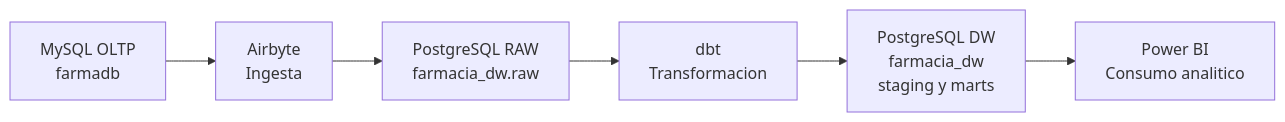
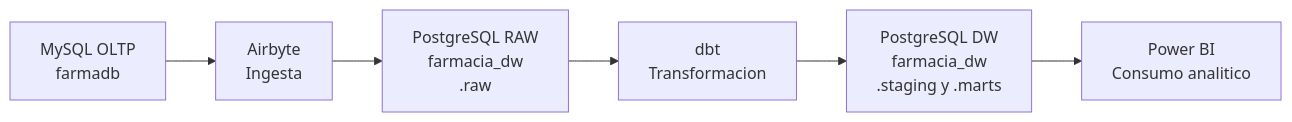
One commit to 261bi/farmacia-bi changed the diagram in README.md. Above: the diagram before and after it, drawn with Mermaid. The commit also changed other lines of this file, not shown here.

````diff
--- a/README.md
+++ b/README.md
@@ -13,8 +13,8 @@
 ```mermaid
 flowchart LR
     A[MySQL OLTP<br/>farmadb] --> B[Airbyte<br/>Ingesta]
-    B --> C[PostgreSQL RAW<br/>farmacia_dw.raw]
+    B --> C[PostgreSQL RAW<br/>farmacia_dw<br/>.raw]
     C --> D[dbt<br/>Transformacion]
-    D --> E[PostgreSQL DW<br/>farmacia_dw<br/>staging y marts]
+    D --> E[PostgreSQL DW<br/>farmacia_dw<br/>.staging y .marts]
     E --> F[Power BI<br/>Consumo analitico]
 ```
````
